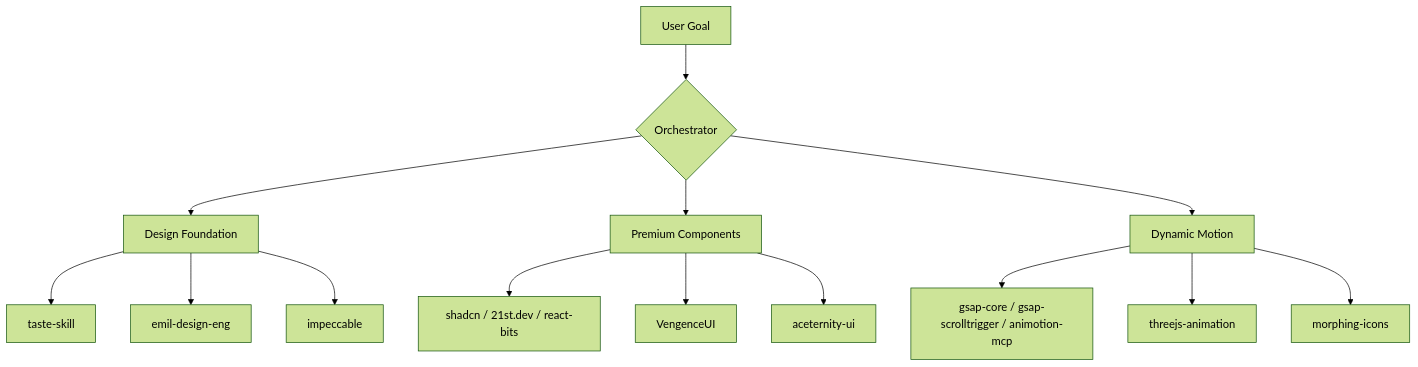
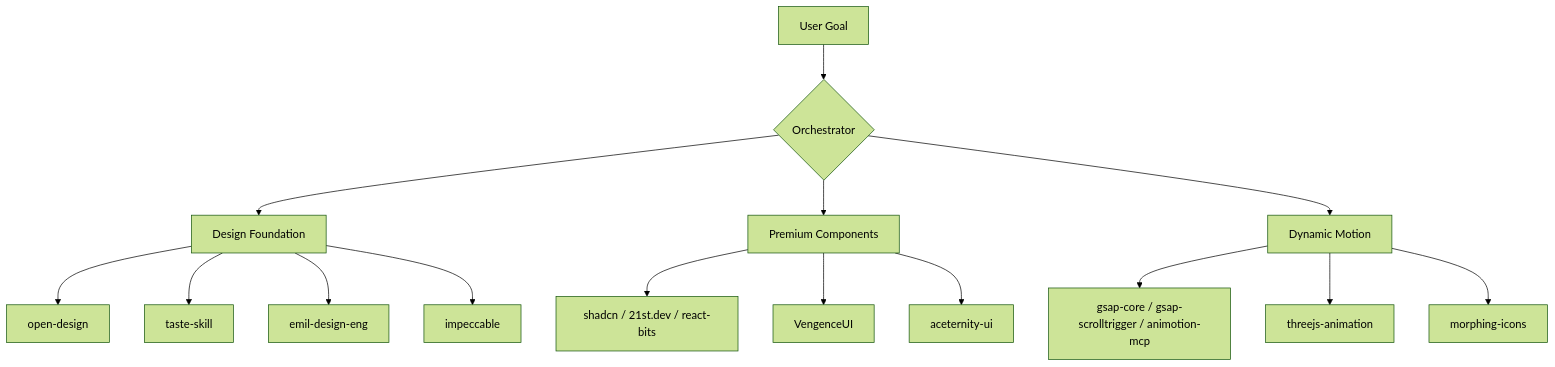
The diagram in SKILL.md (Raj1232309/Universal-mcp), drawn with Mermaid (forest theme) before and after one commit. The commit also changed other lines of this file and 4 other files, not shown here.

Commit message:
Refactor orchestrator to Infinity MCP, add debug-skill, playwright-mcp, mapcn, and frontend-design prompt

````diff
--- a/SKILL.md
+++ b/SKILL.md
@@ -22,16 +22,17 @@
 ```mermaid
 graph TD
     A[User Goal] --> B{Orchestrator}
     B --> C[Design Foundation]
     B --> D[Premium Components]
     B --> E[Dynamic Motion]
-    C --> C1[taste-skill]
-    C --> C2[emil-design-eng]
-    C --> C3[impeccable]
+    C --> C1[open-design]
+    C --> C2[taste-skill]
+    C --> C3[emil-design-eng]
+    C --> C4[impeccable]
     D --> D1[shadcn / 21st.dev / react-bits]
     D --> D2[VengenceUI]
     D --> D3[aceternity-ui]
     E --> E1[gsap-core / gsap-scrolltrigger / animotion-mcp]
     E --> E2[threejs-animation]
     E --> E3[morphing-icons]
 ```
````
